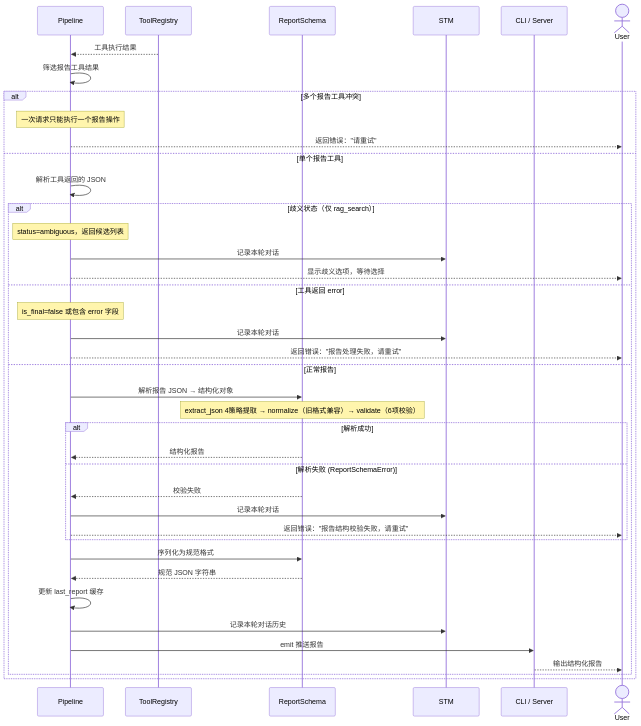
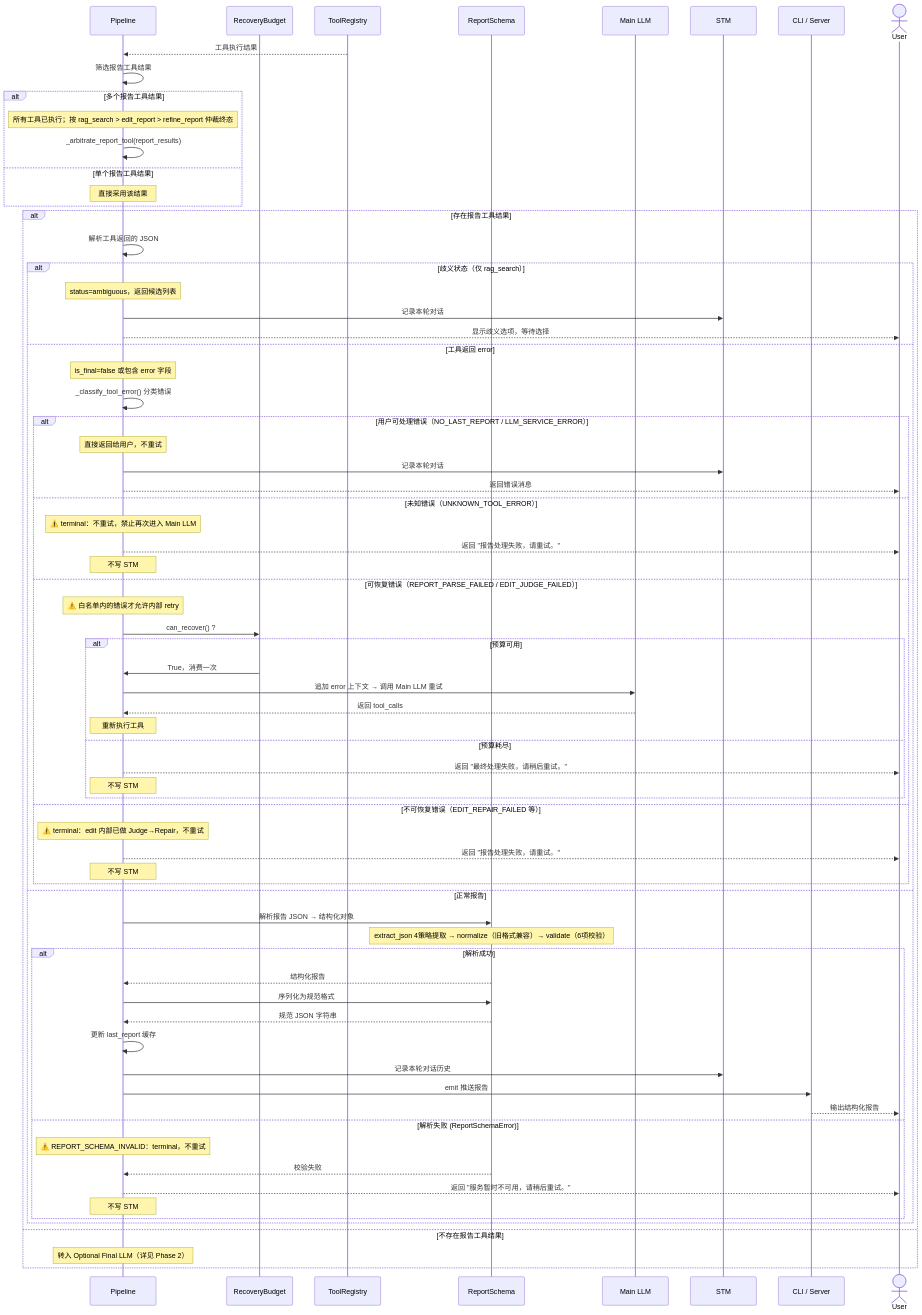
The diagram in docs/uml/04_phase3_postprocess.md (cw12309/report-generation), drawn with Mermaid before and after one commit. The commit also changed other lines of this file and 11 other files, not shown here.

````diff
--- a/docs/uml/04_phase3_postprocess.md
+++ b/docs/uml/04_phase3_postprocess.md
@@ -3,48 +3,80 @@
 ```mermaid
 sequenceDiagram
     participant Pipe as Pipeline
+    participant RB as RecoveryBudget
     participant TR as ToolRegistry
     participant RS as ReportSchema
+    participant LLM as Main LLM
     participant STM as STM
     participant CLI as CLI / Server
     actor User
 
     TR-->>Pipe: 工具执行结果
 
     Pipe->>Pipe: 筛选报告工具结果
 
-    alt 多个报告工具冲突
-        Note over Pipe: 一次请求只能执行一个报告操作
-        Pipe-->>User: 返回错误："请重试"
-    else 单个报告工具
+    alt 多个报告工具结果
+        Note over Pipe: 所有工具已执行；按 rag_search > edit_report > refine_report 仲裁终态
+        Pipe->>Pipe: _arbitrate_report_tool(report_results)
+    else 单个报告工具结果
+        Note over Pipe: 直接采用该结果
+    end
+
+    alt 存在报告工具结果
         Pipe->>Pipe: 解析工具返回的 JSON
 
         alt 歧义状态（仅 rag_search）
             Note over Pipe: status=ambiguous，返回候选列表
             Pipe->>STM: 记录本轮对话
             Pipe-->>User: 显示歧义选项，等待选择
         else 工具返回 error
             Note over Pipe: is_final=false 或包含 error 字段
-            Pipe->>STM: 记录本轮对话
-            Pipe-->>User: 返回错误："报告处理失败，请重试"
+            Pipe->>Pipe: _classify_tool_error() 分类错误
+
+            alt 用户可处理错误（NO_LAST_REPORT / LLM_SERVICE_ERROR）
+                Note over Pipe: 直接返回给用户，不重试
+                Pipe->>STM: 记录本轮对话
+                Pipe-->>User: 返回错误消息
+            else 未知错误（UNKNOWN_TOOL_ERROR）
+                Note over Pipe: ⚠️ terminal：不重试，禁止再次进入 Main LLM
+                Pipe-->>User: 返回 "报告处理失败，请重试。"
+                Note over Pipe: 不写 STM
+            else 可恢复错误（REPORT_PARSE_FAILED / EDIT_JUDGE_FAILED）
+                Note over Pipe: ⚠️ 白名单内的错误才允许内部 retry
+                Pipe->>RB: can_recover() ?
+                alt 预算可用
+                    RB->>Pipe: True，消费一次
+                    Pipe->>LLM: 追加 error 上下文 → 调用 Main LLM 重试
+                    LLM-->>Pipe: 返回 tool_calls
+                    Note over Pipe: 重新执行工具
+                else 预算耗尽
+                    Pipe-->>User: 返回 "最终处理失败，请稍后重试。"
+                    Note over Pipe: 不写 STM
+                end
+            else 不可恢复错误（EDIT_REPAIR_FAILED 等）
+                Note over Pipe: ⚠️ terminal：edit 内部已做 Judge→Repair，不重试
+                Pipe-->>User: 返回 "报告处理失败，请重试。"
+                Note over Pipe: 不写 STM
+            end
         else 正常报告
             Pipe->>RS: 解析报告 JSON → 结构化对象
             Note over RS: extract_json 4策略提取 → normalize（旧格式兼容）→ validate（6项校验）
             alt 解析成功
                 RS-->>Pipe: 结构化报告
+                Pipe->>RS: 序列化为规范格式
+                RS-->>Pipe: 规范 JSON 字符串
+                Pipe->>Pipe: 更新 last_report 缓存
+                Pipe->>STM: 记录本轮对话历史
+                Pipe->>CLI: emit 推送报告
+                CLI-->>User: 输出结构化报告
             else 解析失败 (ReportSchemaError)
+                Note over Pipe: ⚠️ REPORT_SCHEMA_INVALID：terminal，不重试
                 RS-->>Pipe: 校验失败
-                Pipe->>STM: 记录本轮对话
-                Pipe-->>User: 返回错误："报告结构校验失败，请重试"
+                Pipe-->>User: 返回 "服务暂时不可用，请稍后重试。"
+                Note over Pipe: 不写 STM
             end
-
-            Pipe->>RS: 序列化为规范格式
-            RS-->>Pipe: 规范 JSON 字符串
-
-            Pipe->>Pipe: 更新 last_report 缓存
-            Pipe->>STM: 记录本轮对话历史
-            Pipe->>CLI: emit 推送报告
-            CLI-->>User: 输出结构化报告
         end
+    else 不存在报告工具结果
+        Note over Pipe: 转入 Optional Final LLM（详见 Phase 2）
     end
 ```
````
